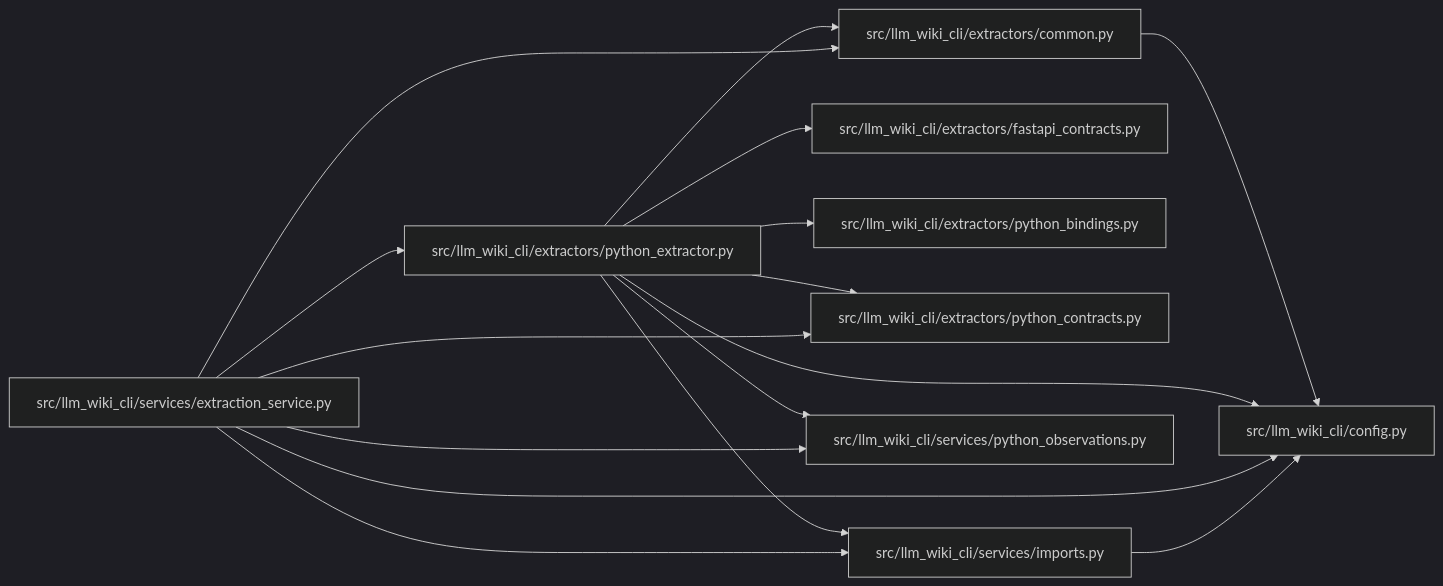
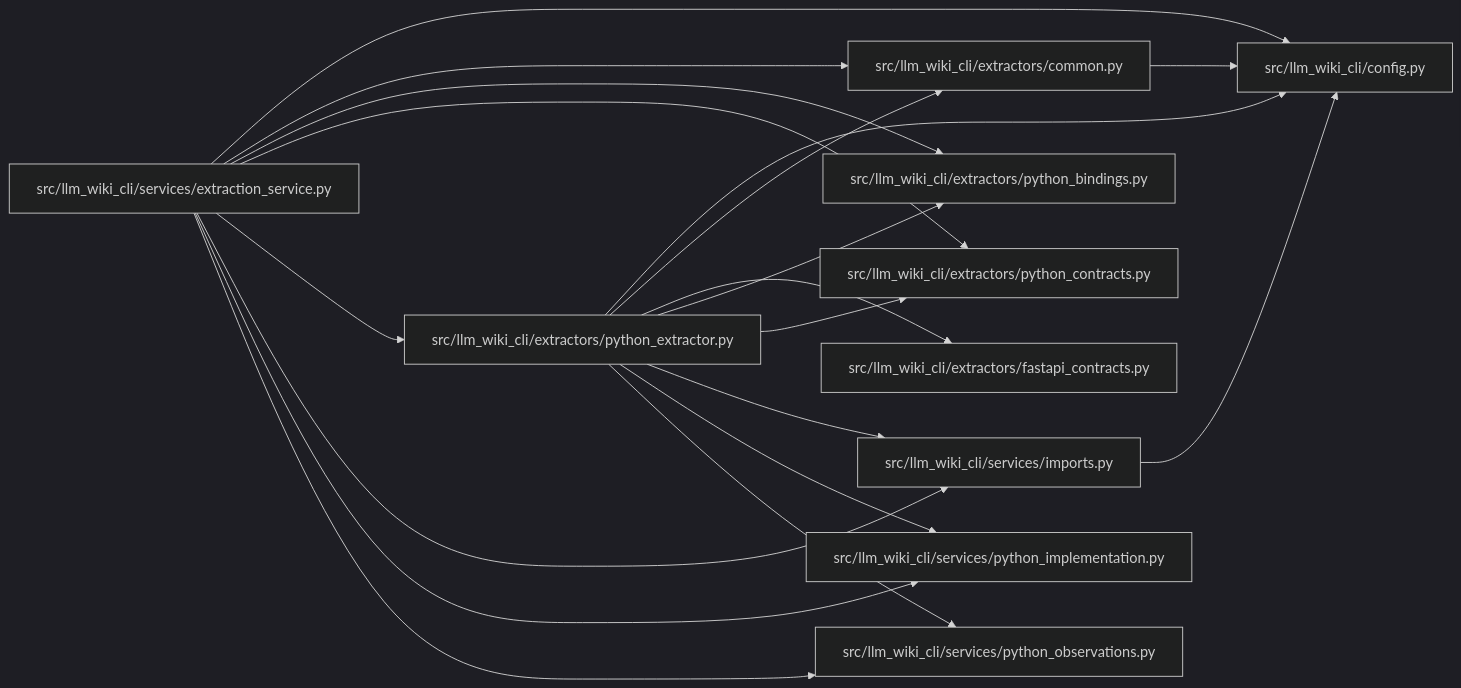
One commit to Denissvgn/python-wiki-llm changed the diagram in docs/llm_wiki/modules/python_extractor.md. Above: the diagram before and after it, drawn with Mermaid (dark theme). The commit also changed other lines of this file and 1410 other files, not shown here.

````diff
--- a/docs/llm_wiki/modules/python_extractor.md
+++ b/docs/llm_wiki/modules/python_extractor.md
@@ -28,36 +29,41 @@
 ```mermaid
 flowchart LR
     n0["src/llm_wiki_cli/config.py"]
     n1["src/llm_wiki_cli/extractors/common.py"]
     n2["src/llm_wiki_cli/extractors/fastapi_contracts.py"]
     n3["src/llm_wiki_cli/extractors/python_bindings.py"]
     n4["src/llm_wiki_cli/extractors/python_contracts.py"]
     n5["src/llm_wiki_cli/extractors/python_extractor.py"]
     n6["src/llm_wiki_cli/services/extraction_service.py"]
     n7["src/llm_wiki_cli/services/imports.py"]
-    n8["src/llm_wiki_cli/services/python_observations.py"]
+    n8["src/llm_wiki_cli/services/python_implementation.py"]
+    n9["src/llm_wiki_cli/services/python_observations.py"]
     n1 --> n0
     n5 --> n0
     n5 --> n1
     n5 --> n2
     n5 --> n3
     n5 --> n4
     n5 --> n7
     n5 --> n8
+    n5 --> n9
     n6 --> n0
     n6 --> n1
+    n6 --> n3
     n6 --> n4
     n6 --> n5
     n6 --> n7
     n6 --> n8
+    n6 --> n9
     n7 --> n0
     click n0 "../modules/config.md"
     click n1 "../modules/common.md"
     click n2 "../modules/fastapi_contracts.md"
     click n3 "../modules/python_bindings.md"
     click n4 "../modules/python_contracts.md"
     click n5 "../modules/python_extractor.md"
     click n6 "../modules/extraction_service.md"
     click n7 "../modules/imports.md"
-    click n8 "../modules/python_observations.md"
+    click n8 "../modules/python_implementation.md"
+    click n9 "../modules/python_observations.md"
 ```
````
